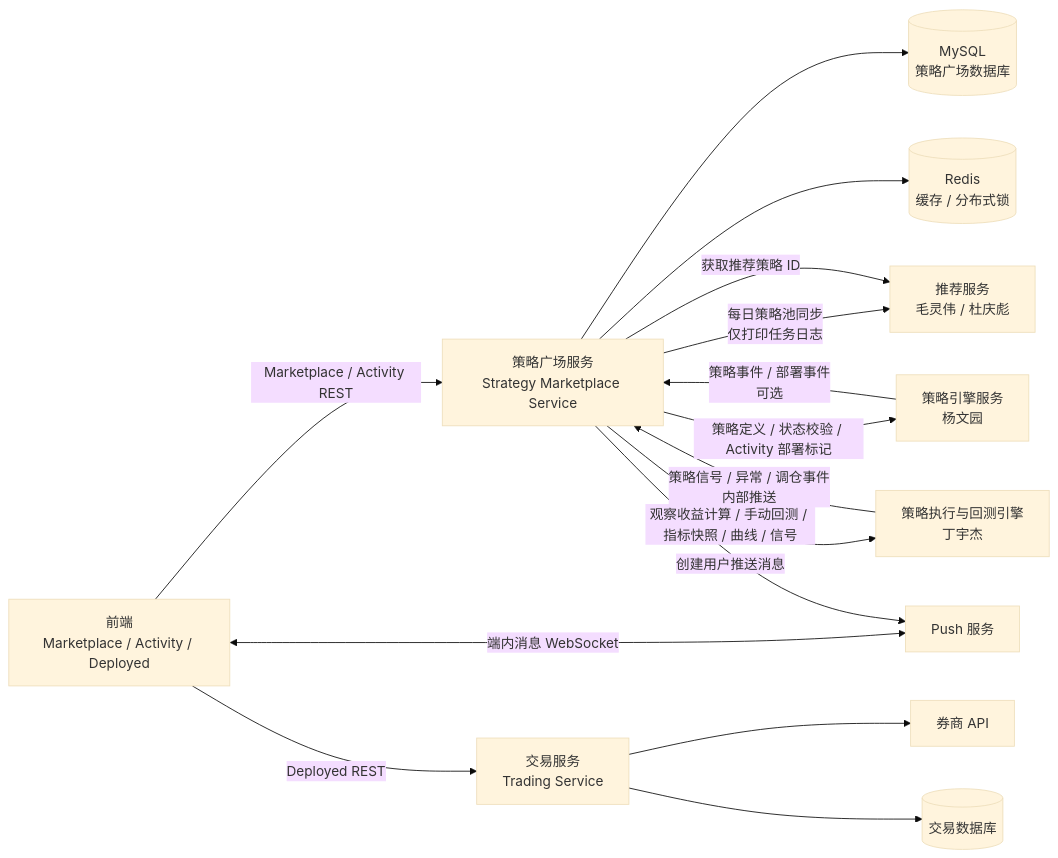
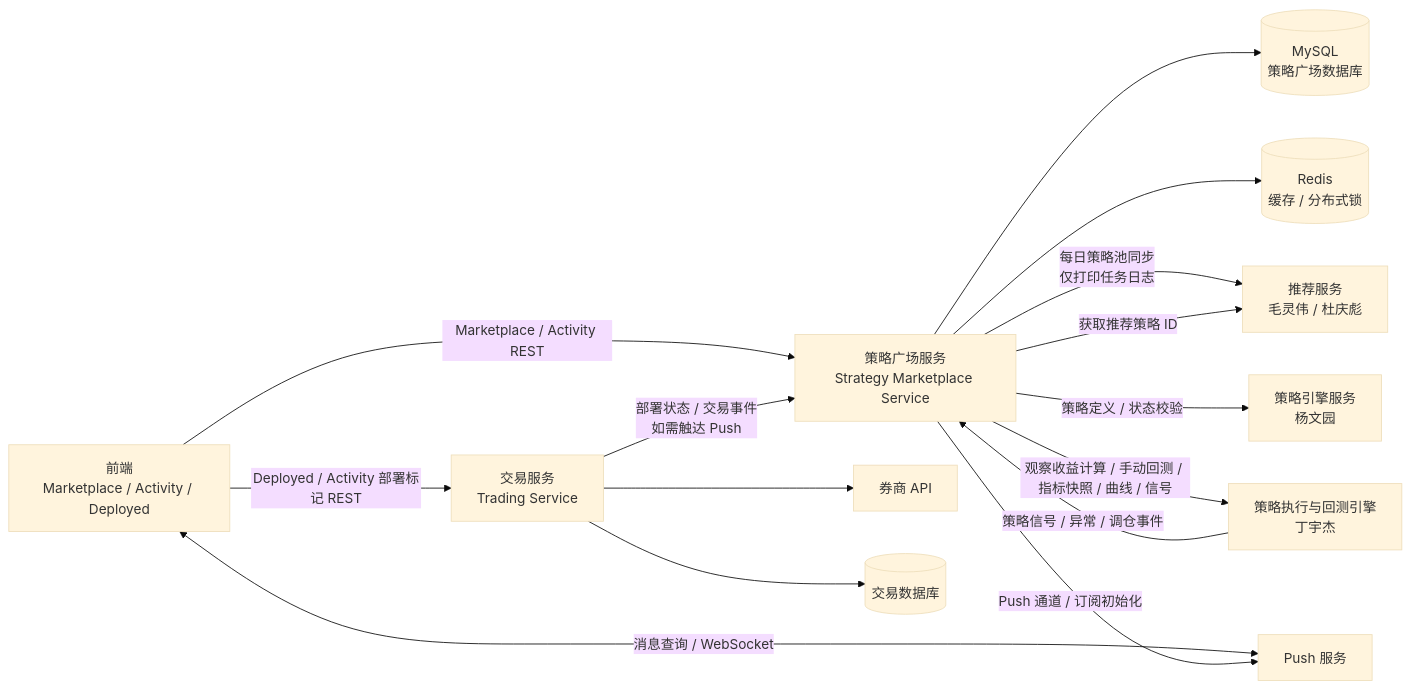
One commit to hongqnet/quantitative-strategy changed the first of 10 diagrams in doc/strategy-marketplace-phase1-technical-architecture.md. Above: the diagram before and after it, drawn with Mermaid (base theme). The commit also changed other lines of this file and 2 other files, not shown here.

````diff
--- a/doc/strategy-marketplace-phase1-technical-architecture.md
+++ b/doc/strategy-marketplace-phase1-technical-architecture.md
@@ -64,22 +66,22 @@
 ```mermaid
 flowchart LR
     FE[前端<br/>Marketplace / Activity / Deployed]
 
     FE -->|Marketplace / Activity REST| MKT[策略广场服务<br/>Strategy Marketplace Service]
-    FE <-->|端内消息 WebSocket| PUSH[Push 服务]
-    FE -->|Deployed REST| TRD[交易服务<br/>Trading Service]
+    FE <-->|消息查询 / WebSocket| PUSH[Push 服务]
+    FE -->|Deployed / Activity 部署标记 REST| TRD[交易服务<br/>Trading Service]
 
     MKT --> DB[(MySQL<br/>策略广场数据库)]
     MKT --> CACHE[(Redis<br/>缓存 / 分布式锁)]
     MKT -->|每日策略池同步<br/>仅打印任务日志| REC[推荐服务<br/>毛灵伟 / 杜庆彪]
     MKT -->|获取推荐策略 ID| REC
-    MKT -->|策略定义 / 状态校验 / Activity 部署标记| ALG[策略引擎服务<br/>杨文园]
+    MKT -->|策略定义 / 状态校验| ALG[策略引擎服务<br/>杨文园]
     MKT -->|观察收益计算 / 手动回测 / 指标快照 / 曲线 / 信号| EXE[策略执行与回测引擎<br/>丁宇杰]
-    MKT -->|创建用户推送消息| PUSH
+    MKT -->|Push 通道 / 订阅初始化| PUSH
 
-    EXE -->|策略信号 / 异常 / 调仓事件<br/>内部推送| MKT
-    ALG -->|策略事件 / 部署事件<br/>可选| MKT
+    EXE -->|策略信号 / 异常 / 调仓事件| MKT
+    TRD -->|部署状态 / 交易事件<br/>如需触达 Push| MKT
 
     TRD --> BROKER[券商 API]
     TRD --> TRDDB[(交易数据库)]
 ```
````
